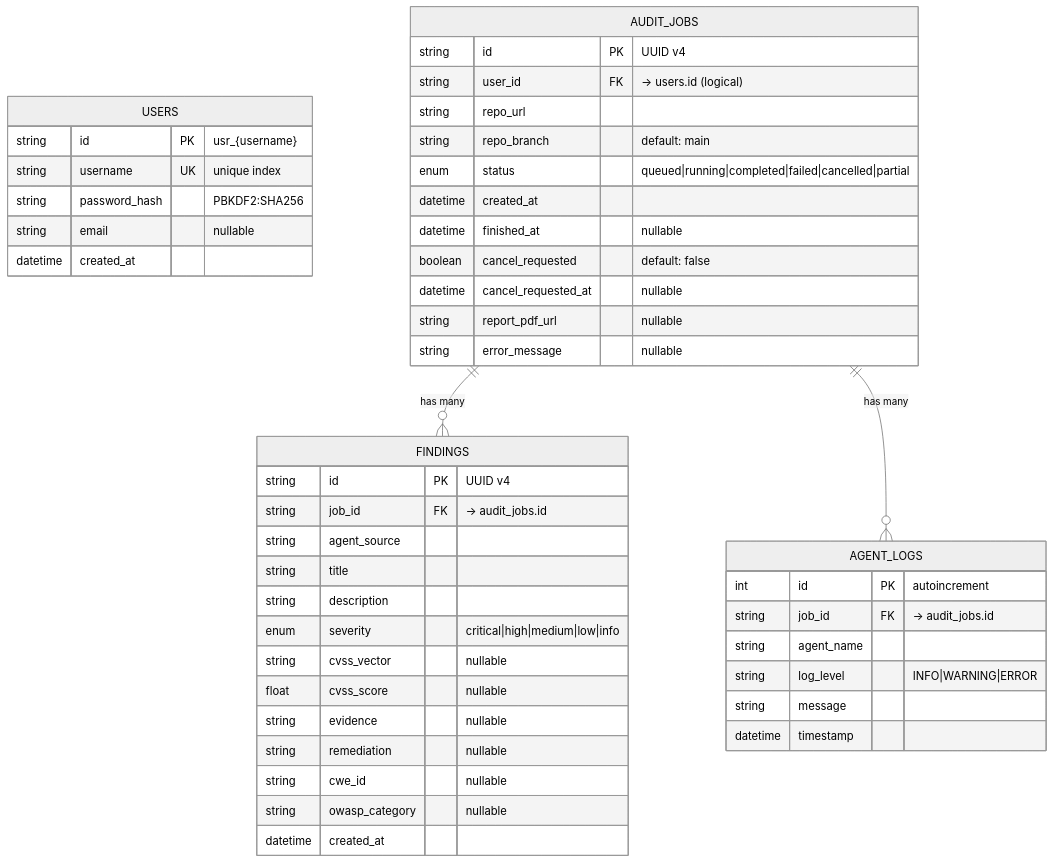
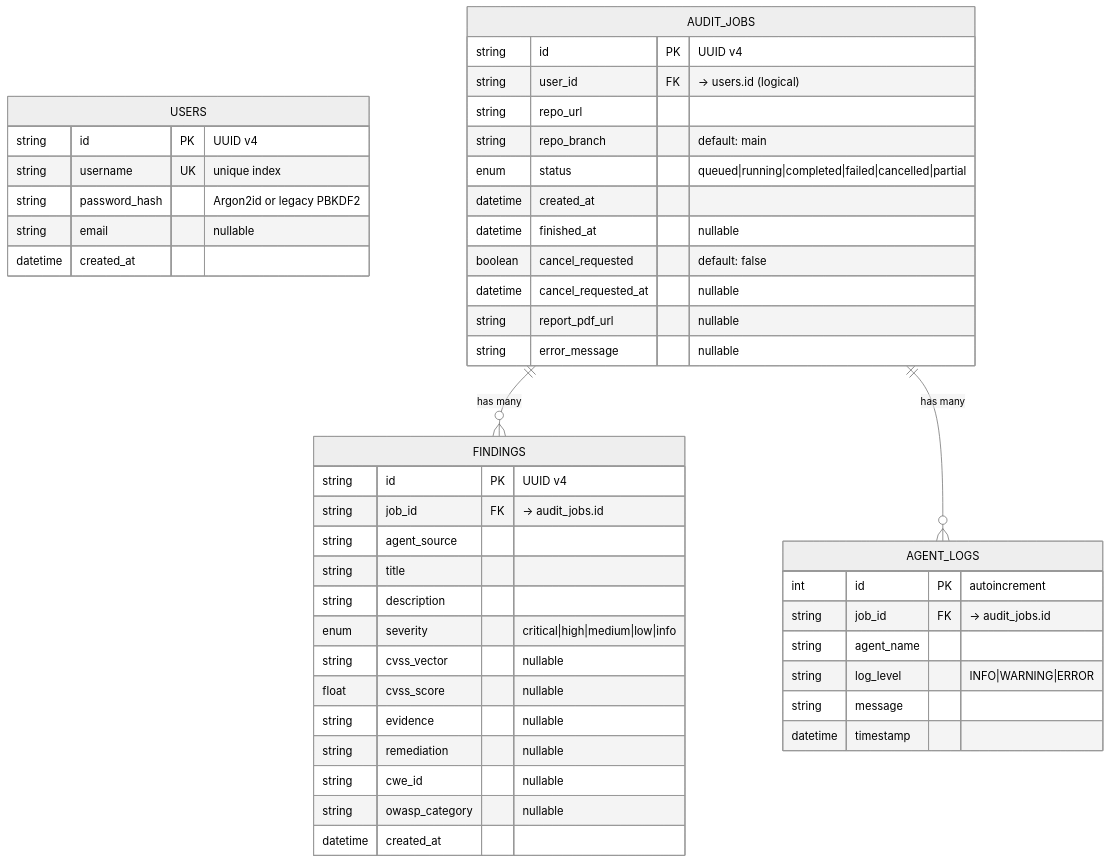
Before and after one commit to skvsmdarman/Fire-Crow-prototype-project: the sixth of 6 diagrams in docs/AUDIT_AND_DATAFLOW.md, drawn with Mermaid (neutral theme). The commit also changed other lines of this file and 42 other files, not shown here.

Commit message:
feat: initialize backend API architecture with FastAPI, agent-based orchestrator, and database migration support

````diff
--- a/docs/AUDIT_AND_DATAFLOW.md
+++ b/docs/AUDIT_AND_DATAFLOW.md
@@ -226,52 +226,52 @@
 ```mermaid
 erDiagram
     USERS {
-        string id PK "usr_{username}"
+        string id PK "UUID v4"
         string username UK "unique index"
-        string password_hash "PBKDF2:SHA256"
+        string password_hash "Argon2id or legacy PBKDF2"
         string email "nullable"
         datetime created_at
     }
 
     AUDIT_JOBS {
         string id PK "UUID v4"
         string user_id FK "→ users.id (logical)"
         string repo_url
         string repo_branch "default: main"
         enum status "queued|running|completed|failed|cancelled|partial"
         datetime created_at
         datetime finished_at "nullable"
         boolean cancel_requested "default: false"
         datetime cancel_requested_at "nullable"
         string report_pdf_url "nullable"
         string error_message "nullable"
     }
 
     FINDINGS {
         string id PK "UUID v4"
         string job_id FK "→ audit_jobs.id"
         string agent_source
         string title
         string description
         enum severity "critical|high|medium|low|info"
         string cvss_vector "nullable"
         float cvss_score "nullable"
         string evidence "nullable"
         string remediation "nullable"
         string cwe_id "nullable"
         string owasp_category "nullable"
         datetime created_at
     }
 
     AGENT_LOGS {
         int id PK "autoincrement"
         string job_id FK "→ audit_jobs.id"
         string agent_name
         string log_level "INFO|WARNING|ERROR"
         string message
         datetime timestamp
     }
 
     AUDIT_JOBS ||--o{ FINDINGS : "has many"
     AUDIT_JOBS ||--o{ AGENT_LOGS : "has many"
 ```
````
